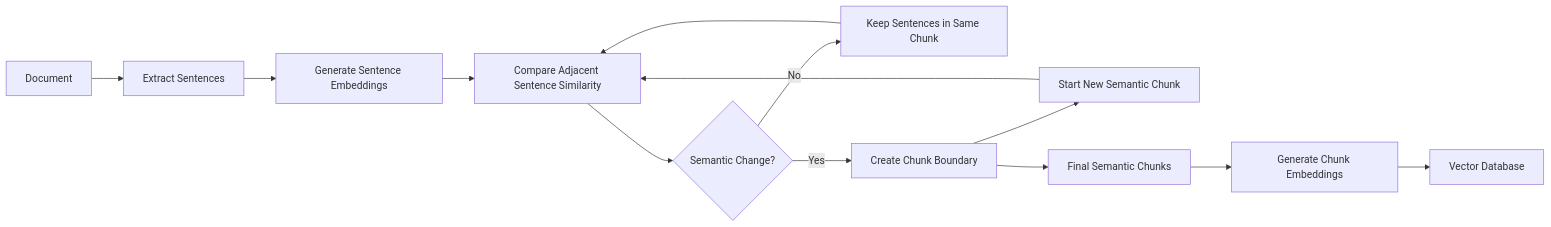
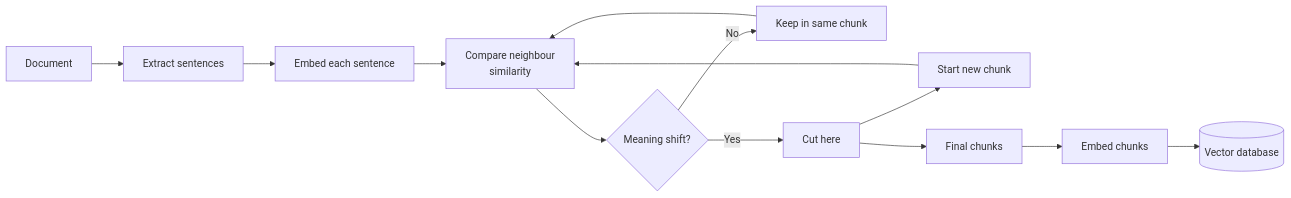
One commit to jjaaxx44/genai-personal-lab-rag changed the fourth of 6 diagrams in app/demos/rag/chunking/README.md. Above: the diagram before and after it, drawn with Mermaid. The commit also changed other lines of this file and 32 other files, not shown here.

````diff
--- a/app/demos/rag/chunking/README.md
+++ b/app/demos/rag/chunking/README.md
@@ -85,19 +71,15 @@
 ```mermaid
 flowchart LR
-    A[Document] --> B[Extract Sentences]
-    B --> C[Generate Sentence Embeddings]
-    C --> D[Compare Adjacent Sentence Similarity]
-
-    D --> E{Semantic Change?}
-
-    E -->|No| F[Keep Sentences in Same Chunk]
-    F --> D
-
-    E -->|Yes| G[Create Chunk Boundary]
-    G --> H[Start New Semantic Chunk]
-    H --> D
-
-    G --> I[Final Semantic Chunks]
-    I --> J[Generate Chunk Embeddings]
-    J --> K[Vector Database]
+  A["Document"] --> B["Extract sentences"]
+  B --> C["Embed each sentence"]
+  C --> D["Compare neighbour<br/>similarity"]
+  D --> E{"Meaning shift?"}
+  E -->|No| F["Keep in same chunk"]
+  F --> D
+  E -->|Yes| G["Cut here"]
+  G --> H["Start new chunk"]
+  H --> D
+  G --> I["Final chunks"]
+  I --> J["Embed chunks"]
+  J --> K[("Vector database")]
 ```
````
